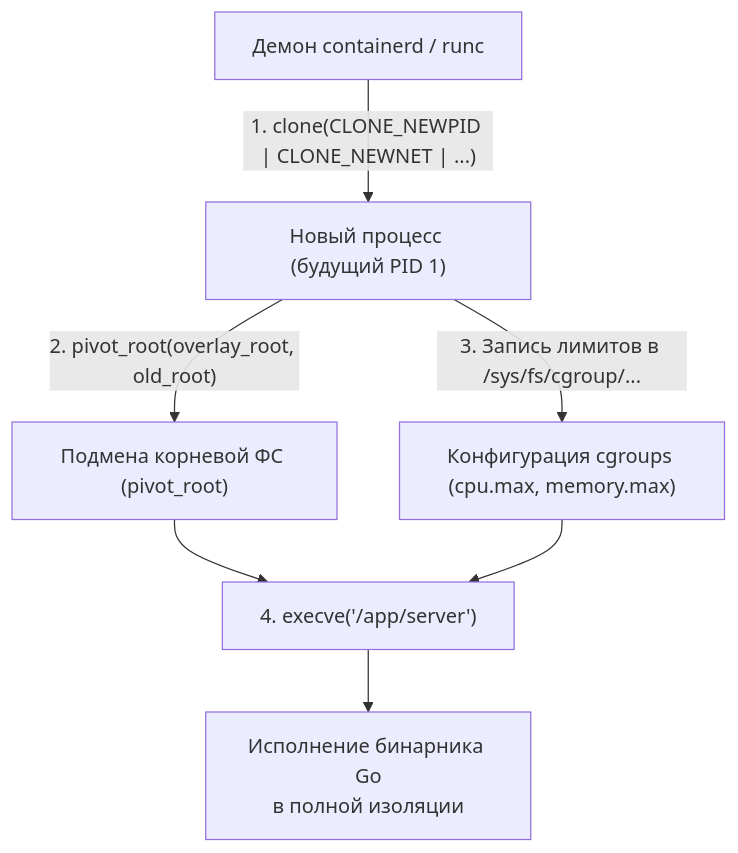
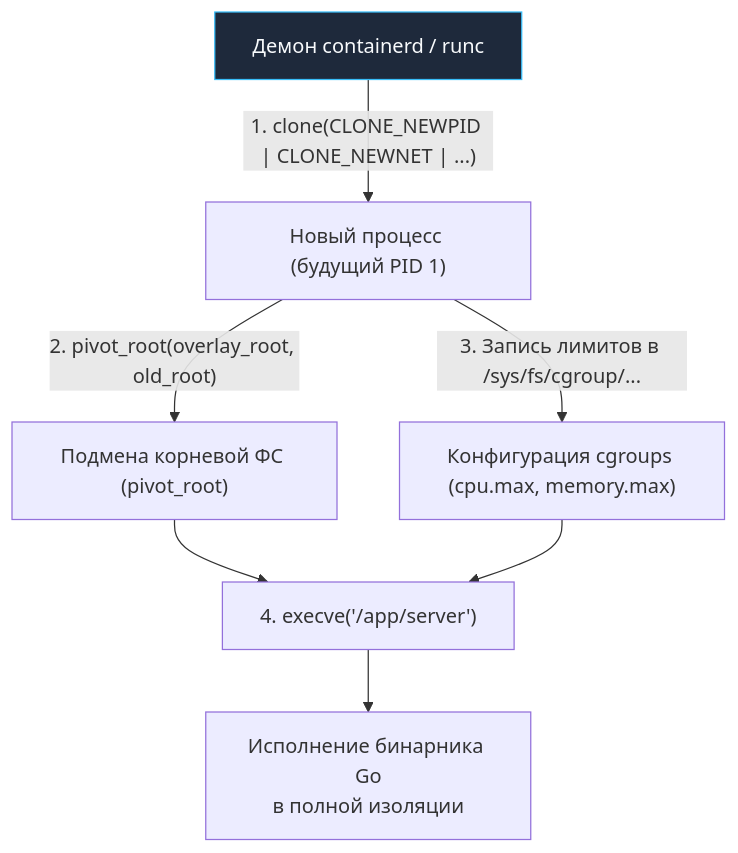
Before and after one commit to UnrealTemplier/go-textbook: the third of 3 diagrams in sources/2. Устройство и работа ОС/53. Контейнеры под капотом. namespaces и cgroups.md, drawn with Mermaid. The commit also changed other lines of this file and 1666 other files, not shown here.

First line of the commit message:
feat(mermaid): add semantic color classDef to 1369 colorless flowchart/graph diagrams

````diff
--- a/sources/2. Устройство и работа ОС/53. Контейнеры под капотом. namespaces и cgroups.md
+++ b/sources/2. Устройство и работа ОС/53. Контейнеры под капотом. namespaces и cgroups.md
@@ -119,10 +139,20 @@
 ```mermaid
 flowchart TD
-    Host["Демон containerd / runc"] -->|"1. clone(CLONE_NEWPID | CLONE_NEWNET | ...)"| NewProc["Новый процесс (будущий PID 1)"]
+    classDef process  fill:#1e293b,stroke:#38bdf8,stroke-width:1px,color:#f8fafc
+    classDef success  fill:#064e3b,stroke:#34d399,stroke-width:1px,color:#f8fafc
+    classDef error    fill:#7f1d1d,stroke:#f87171,stroke-width:1px,color:#f8fafc
+    classDef warning  fill:#78350f,stroke:#fbbf24,stroke-width:1px,color:#f8fafc
+    classDef entry    fill:#1e3a5f,stroke:#38bdf8,stroke-width:2px,color:#f8fafc
+    classDef aux      fill:#334155,stroke:#64748b,stroke-width:1px,color:#f8fafc
+    classDef system   fill:#312e81,stroke:#a78bfa,stroke-width:1px,color:#f8fafc
+    classDef data     fill:#132d29,stroke:#2dd4bf,stroke-width:1px,color:#f8fafc
+    classDef network  fill:#881337,stroke:#fb7185,stroke-width:1px,color:#f8fafc
+    classDef accent   fill:#1e1b4b,stroke:#818cf8,stroke-width:1px,color:#f8fafc
+    Host["Демон containerd / runc"]:::process -->|"1. clone(CLONE_NEWPID | CLONE_NEWNET | ...)"| NewProc["Новый процесс (будущий PID 1)"]
     NewProc -->|"2. pivot_root(overlay_root, old_root)"| PivotRoot["Подмена корневой ФС (pivot_root)"]
     NewProc -->|"3. Запись лимитов в /sys/fs/cgroup/..."| Limits["Конфигурация cgroups (cpu.max, memory.max)"]
     PivotRoot --> Exec["4. execve('/app/server')"]
     Limits --> Exec
     Exec --> Run["Исполнение бинарника Go
 в полной изоляции"]
 ```
````
